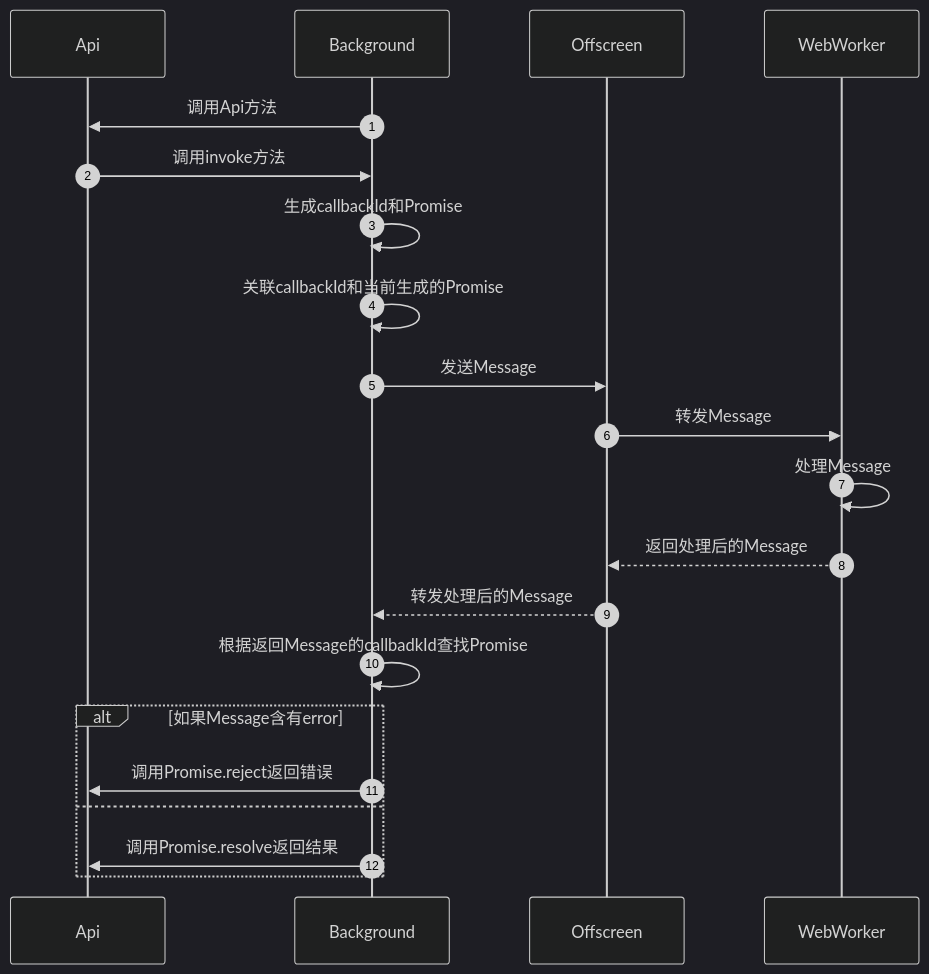
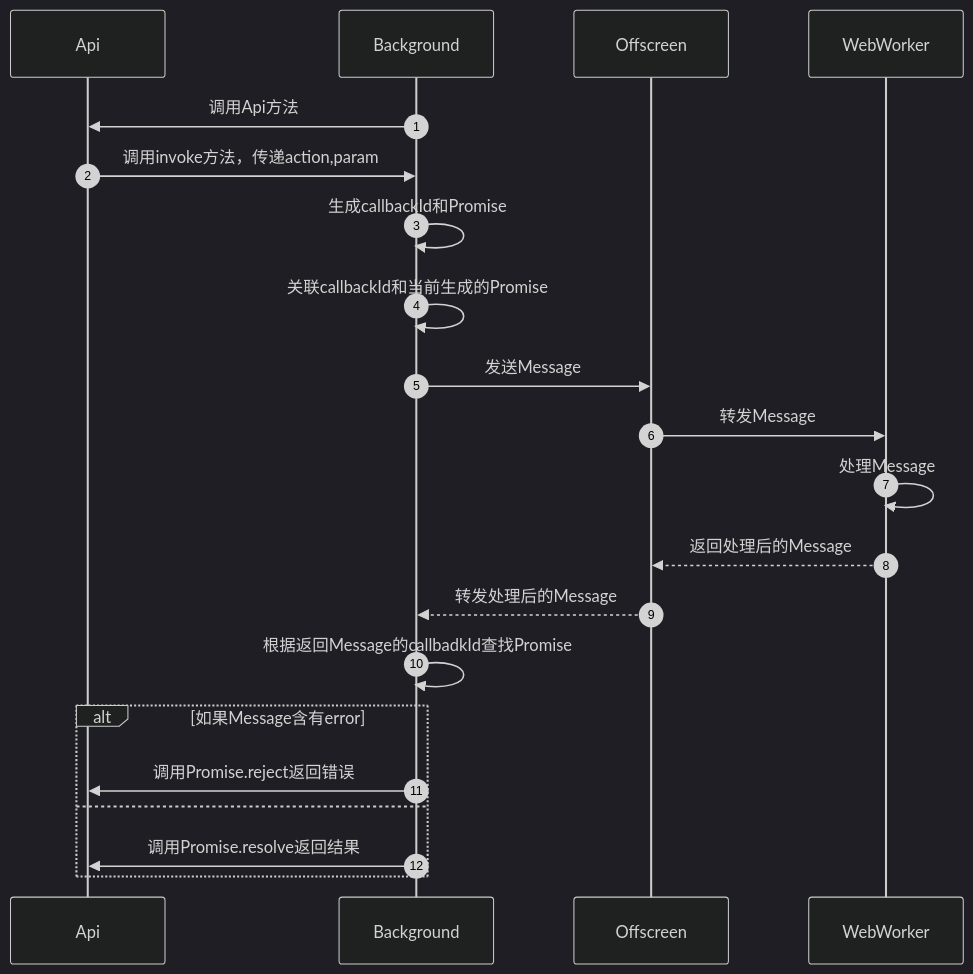
The fourth of 5 diagrams in docs/src/development/extension/core_logic_flow.md (lastsunday/job-hunting), drawn with Mermaid (dark theme) before and after one commit. The commit also changed other lines of this file, not shown here.

Commit message:
docs: add api and database

````diff
--- a/docs/src/development/extension/core_logic_flow.md
+++ b/docs/src/development/extension/core_logic_flow.md
@@ -182,23 +273,23 @@
 ```mermaid
 sequenceDiagram
   participant Api
   participant Background
   participant Offscreen
   participant WebWorker
   autonumber
   Background ->>  Api: 调用Api方法
-  Api ->> Background: 调用invoke方法
+  Api ->> Background: 调用invoke方法，传递action,param
   Background ->> Background: 生成callbackId和Promise
   Background ->> Background: 关联callbackId和当前生成的Promise
   Background ->> Offscreen: 发送Message
   Offscreen ->> WebWorker: 转发Message
   WebWorker ->> WebWorker: 处理Message
   WebWorker -->> Offscreen: 返回处理后的Message
   Offscreen -->> Background: 转发处理后的Message
   Background ->> Background:根据返回Message的callbadkId查找Promise
   alt 如果Message含有error
     Background ->> Api:调用Promise.reject返回错误
   else
     Background ->> Api:调用Promise.resolve返回结果
   end
 ```
````
